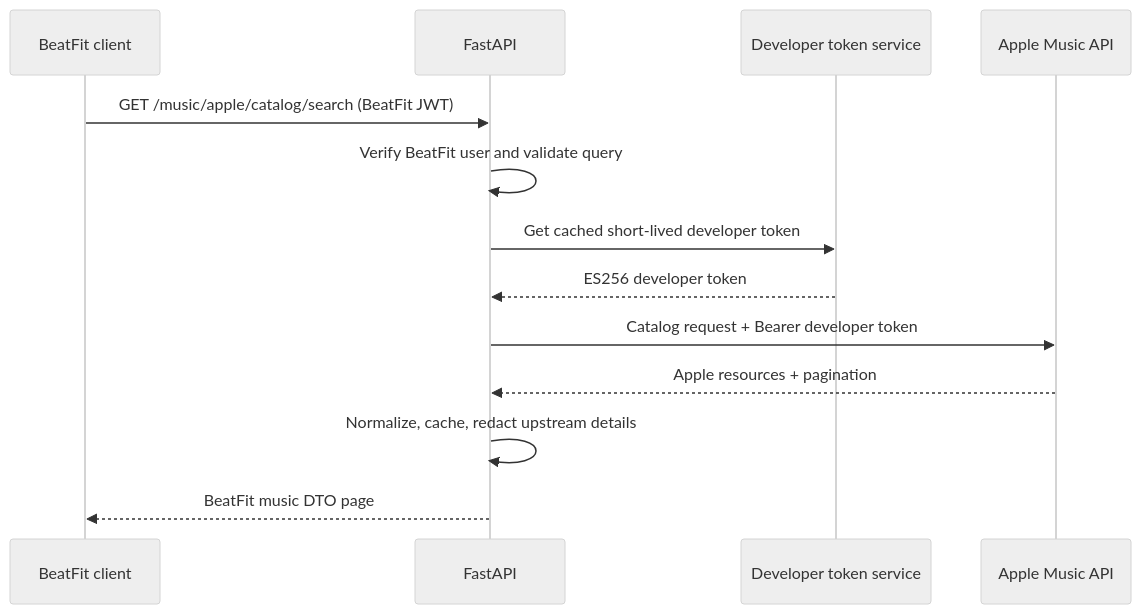
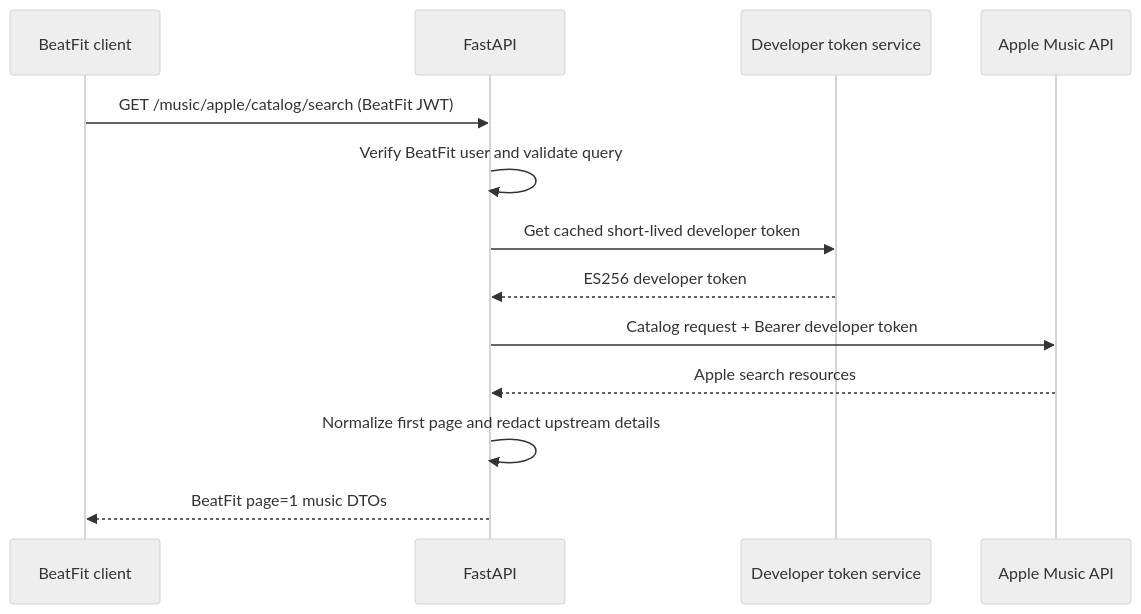
The first of 4 diagrams in docs/apple-music-plan.md (WonChung/beatfit), drawn with Mermaid (neutral theme) before and after one commit. The commit also changed other lines of this file and 10 other files, not shown here.

````diff
--- a/docs/apple-music-plan.md
+++ b/docs/apple-music-plan.md
@@ -334,15 +359,15 @@
 ```mermaid
 sequenceDiagram
     participant C as BeatFit client
     participant B as FastAPI
     participant T as Developer token service
     participant A as Apple Music API
     C->>B: GET /music/apple/catalog/search (BeatFit JWT)
     B->>B: Verify BeatFit user and validate query
     B->>T: Get cached short-lived developer token
     T-->>B: ES256 developer token
     B->>A: Catalog request + Bearer developer token
-    A-->>B: Apple resources + pagination
-    B->>B: Normalize, cache, redact upstream details
-    B-->>C: BeatFit music DTO page
+    A-->>B: Apple search resources
+    B->>B: Normalize first page and redact upstream details
+    B-->>C: BeatFit page=1 music DTOs
 ```
````
